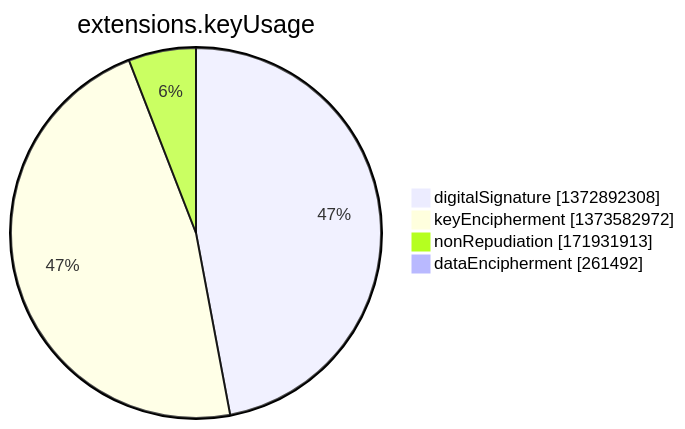
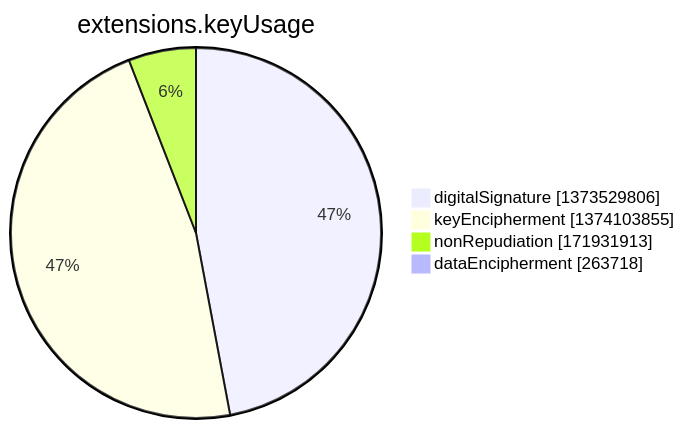
One commit to christiankrug/ctmonitor_visualization changed the seventh of 15 diagrams in argon2022/README.md. Above: the diagram before and after it, drawn with Mermaid. The commit also changed other lines of this file, not shown here.

````diff
--- a/argon2022/README.md
+++ b/argon2022/README.md
@@ -2751,8 +2751,8 @@
 ```mermaid
 pie showData
 title extensions.keyUsage
-"digitalSignature" :1372892308
-"keyEncipherment" :1373582972
+"digitalSignature" :1373529806
+"keyEncipherment" :1374103855
 "nonRepudiation" :171931913
-"dataEncipherment" :261492
+"dataEncipherment" :263718
 ```
````
